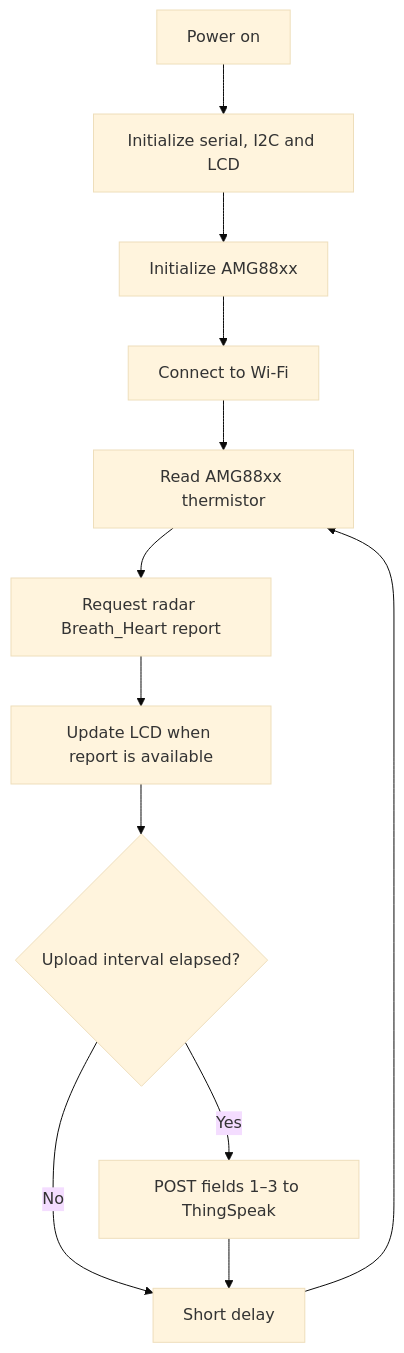
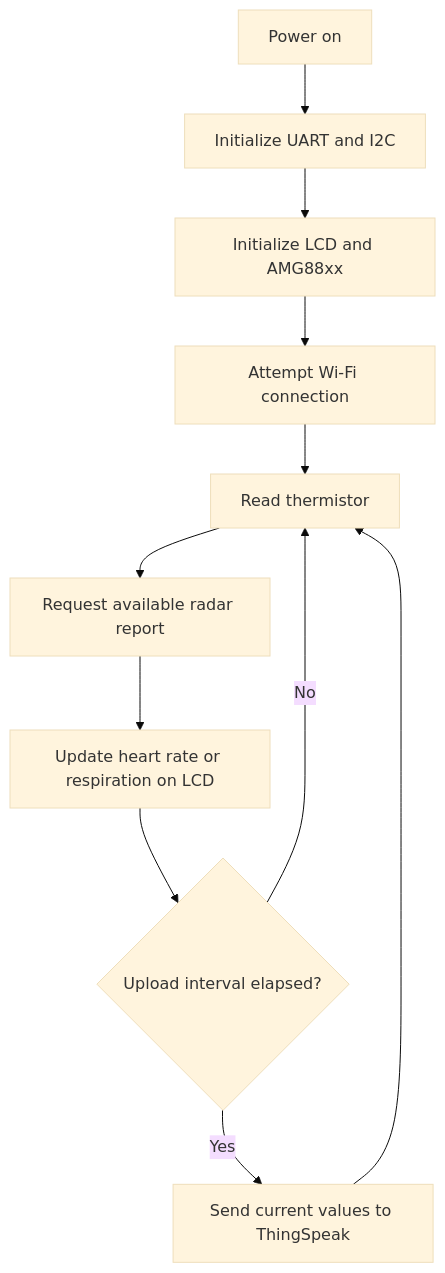
Before and after one commit to sahasimanta/contactless-vital-sign-monitoring-fmcw-radar-CVSMS-: the diagram in docs/07-firmware.md, drawn with Mermaid (base theme). The commit also changed other lines of this file and 24 other files, not shown here.

````diff
--- a/docs/07-firmware.md
+++ b/docs/07-firmware.md
@@ -11,14 +12,13 @@
 ```mermaid
 flowchart TD
-A[Power on] --> B[Initialize serial, I2C and LCD]
-B --> C[Initialize AMG88xx]
-C --> D[Connect to Wi-Fi]
-D --> E[Read AMG88xx thermistor]
-E --> F[Request radar Breath_Heart report]
-F --> G[Update LCD when report is available]
-G --> H{Upload interval elapsed?}
-H -->|Yes| I[POST fields 1–3 to ThingSpeak]
-H -->|No| J[Short delay]
-I --> J
-J --> E
+    A[Power on] --> B[Initialize UART and I2C]
+    B --> C[Initialize LCD and AMG88xx]
+    C --> D[Attempt Wi-Fi connection]
+    D --> E[Read thermistor]
+    E --> F[Request available radar report]
+    F --> G[Update heart rate or respiration on LCD]
+    G --> H{Upload interval elapsed?}
+    H -->|No| E
+    H -->|Yes| I[Send current values to ThingSpeak]
+    I --> E
 ```
````
